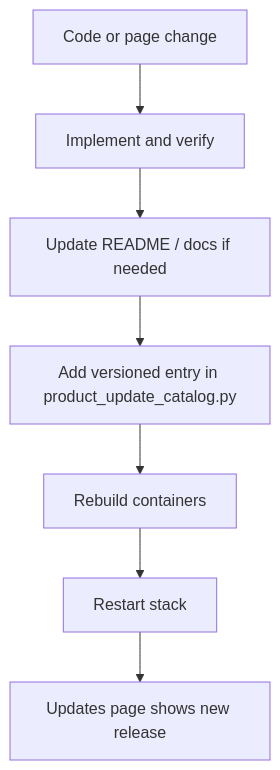
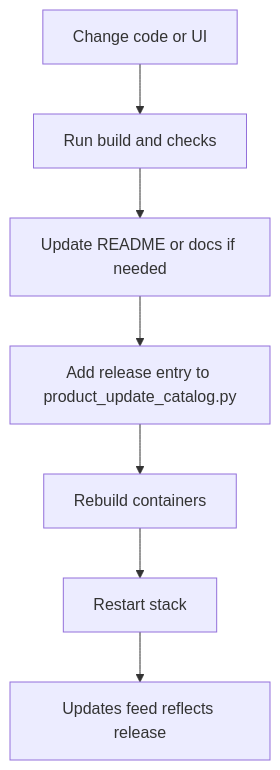
One commit to JasonLn0711/trace_itself changed the fifth of 6 diagrams in README.md. Above: the diagram before and after it, drawn with Mermaid. The commit also changed other lines of this file, not shown here.

````diff
--- a/README.md
+++ b/README.md
@@ -274,9 +325,9 @@
 ```mermaid
 flowchart TD
-    CH[Code or page change] --> IMPL[Implement and verify]
-    IMPL --> DOC[Update README / docs if needed]
-    DOC --> LOG[Add versioned entry in product_update_catalog.py]
-    LOG --> REBUILD[Rebuild containers]
-    REBUILD --> START[Restart stack]
-    START --> FEED[Updates page shows new release]
+    CHANGE[Change code or UI] --> VERIFY[Run build and checks]
+    VERIFY --> DOCS[Update README or docs if needed]
+    DOCS --> CATALOG[Add release entry to product_update_catalog.py]
+    CATALOG --> REBUILD[Rebuild containers]
+    REBUILD --> DEPLOY[Restart stack]
+    DEPLOY --> FEED[Updates feed reflects release]
 ```
````
